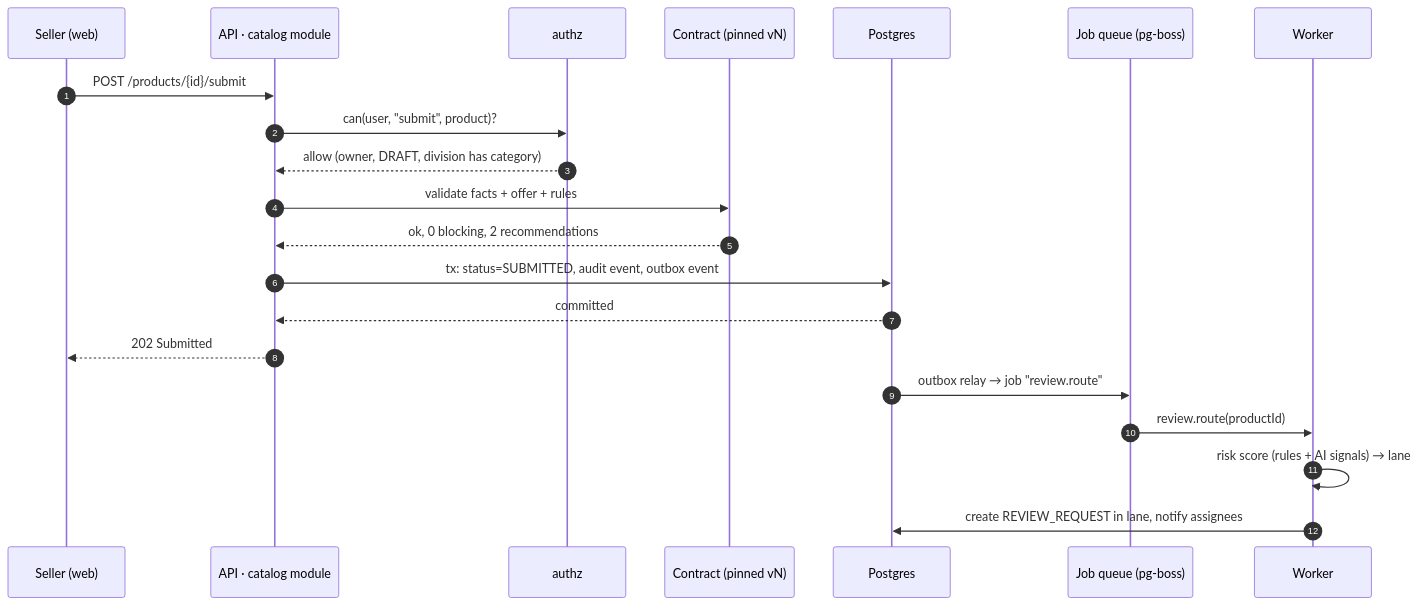
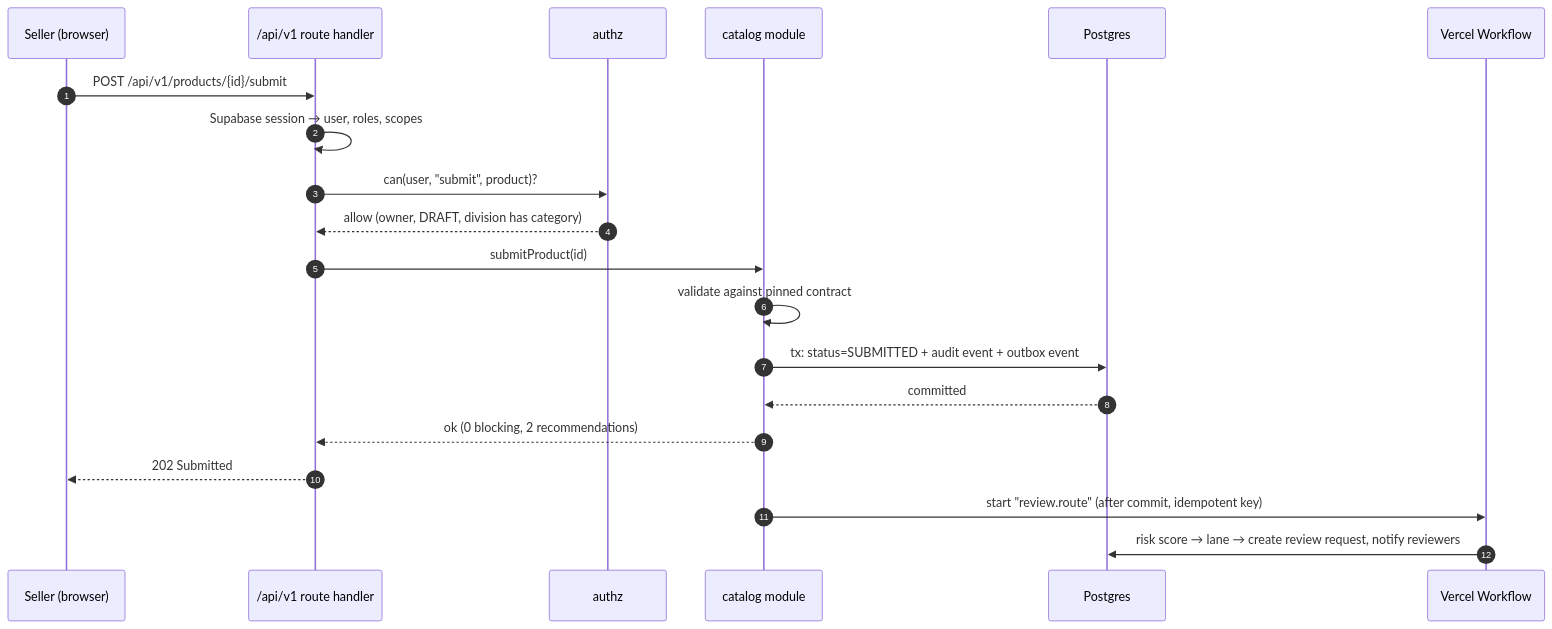
Before and after one commit to anuragsinghv25-lab/my-own-marketplace: the fourth of 4 diagrams in docs/architecture/04-system-architecture.md, drawn with Mermaid. The commit also changed other lines of this file and 26 other files, not shown here.

First line of the commit message:
Add release plan (R0-R9) and Vercel + Supabase deployment architecture

````diff
--- a/docs/architecture/04-system-architecture.md
+++ b/docs/architecture/04-system-architecture.md
@@ -97,23 +105,22 @@
 ```mermaid
 sequenceDiagram
   autonumber
-  participant U as Seller (web)
-  participant API as API · catalog module
+  participant U as Seller (browser)
+  participant R as /api/v1 route handler
   participant AZ as authz
-  participant C as Contract (pinned vN)
+  participant M as catalog module
   participant DB as Postgres
-  participant Q as Job queue (pg-boss)
-  participant W as Worker
-  U->>API: POST /products/{id}/submit
-  API->>AZ: can(user, "submit", product)?
-  AZ-->>API: allow (owner, DRAFT, division has category)
-  API->>C: validate facts + offer + rules
-  C-->>API: ok, 0 blocking, 2 recommendations
-  API->>DB: tx: status=SUBMITTED, audit event, outbox event
-  DB-->>API: committed
-  API-->>U: 202 Submitted
-  DB->>Q: outbox relay → job "review.route"
-  Q->>W: review.route(productId)
-  W->>W: risk score (rules + AI signals) → lane
-  W->>DB: create REVIEW_REQUEST in lane, notify assignees
+  participant WF as Vercel Workflow
+  U->>R: POST /api/v1/products/{id}/submit
+  R->>R: Supabase session → user, roles, scopes
+  R->>AZ: can(user, "submit", product)?
+  AZ-->>R: allow (owner, DRAFT, division has category)
+  R->>M: submitProduct(id)
+  M->>M: validate against pinned contract
+  M->>DB: tx: status=SUBMITTED + audit event + outbox event
+  DB-->>M: committed
+  M-->>R: ok (0 blocking, 2 recommendations)
+  R-->>U: 202 Submitted
+  M->>WF: start "review.route" (after commit, idempotent key)
+  WF->>DB: risk score → lane → create review request, notify reviewers
 ```
````
